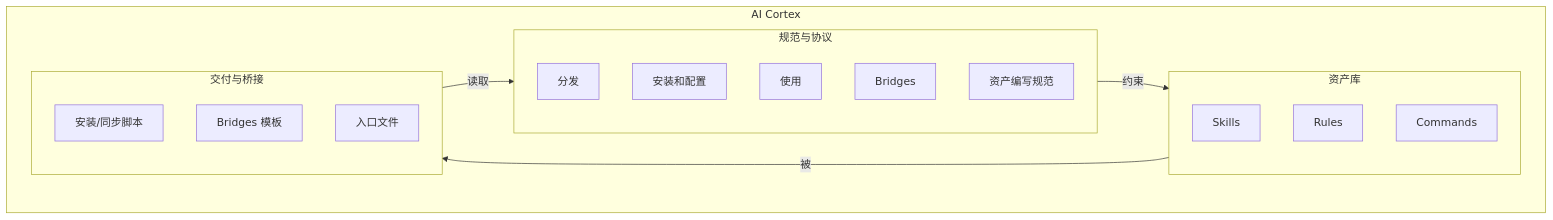
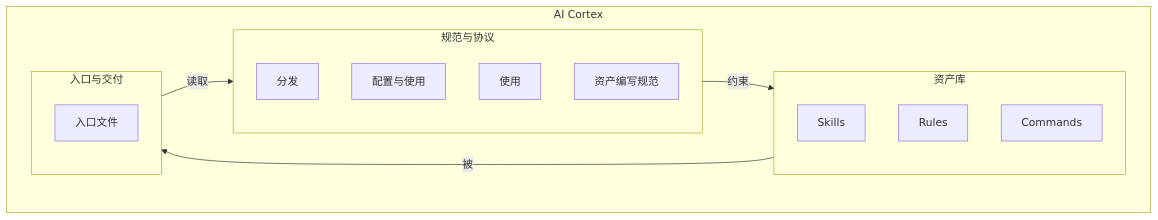
Before and after one commit to nesnilnehc/ai-cortex: the second of 2 diagrams in docs/architecture.md, drawn with Mermaid. The commit also changed other lines of this file and 17 other files, not shown here.

First line of the commit message:
refactor(core): drop install script and Bridges, use entry-file-only discovery

````diff
--- a/docs/architecture.md
+++ b/docs/architecture.md
@@ -54,25 +53,22 @@
 ```mermaid
 flowchart TB
   subgraph cortex [AI Cortex]
     subgraph assets [资产库]
       Skills[Skills]
       Rules[Rules]
       Commands[Commands]
     end
     subgraph spec [规范与协议]
       Dist[分发]
-      Install[安装和配置]
+      Config[配置与使用]
       Usage[使用]
-      BridgesSpec[Bridges]
       AssetSpec[资产编写规范]
     end
-    subgraph delivery [交付与桥接]
-      Scripts[安装/同步脚本]
-      Bridges[Bridges 模板]
+    subgraph delivery [入口与交付]
       Entry[入口文件]
     end
   end
   spec -->|约束| assets
   assets -->|被| delivery
   delivery -->|读取| spec
 ```
````
